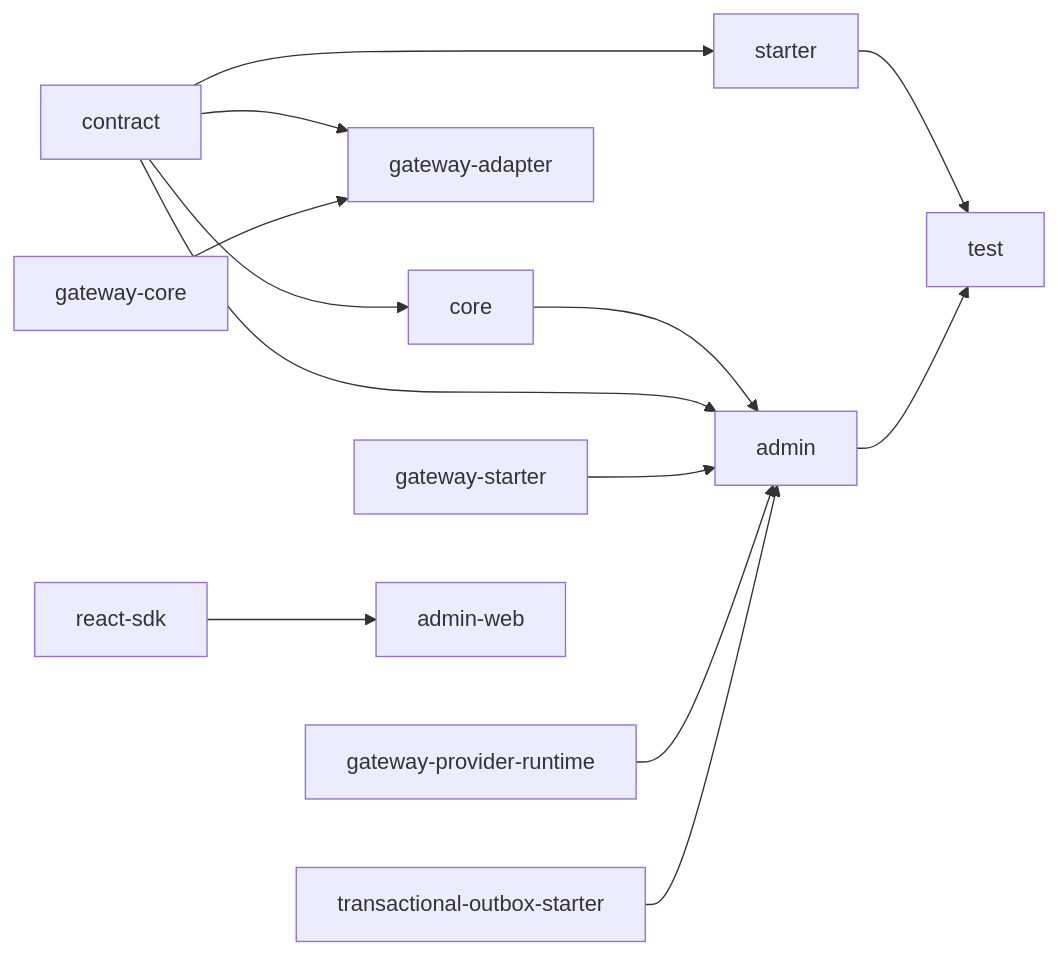
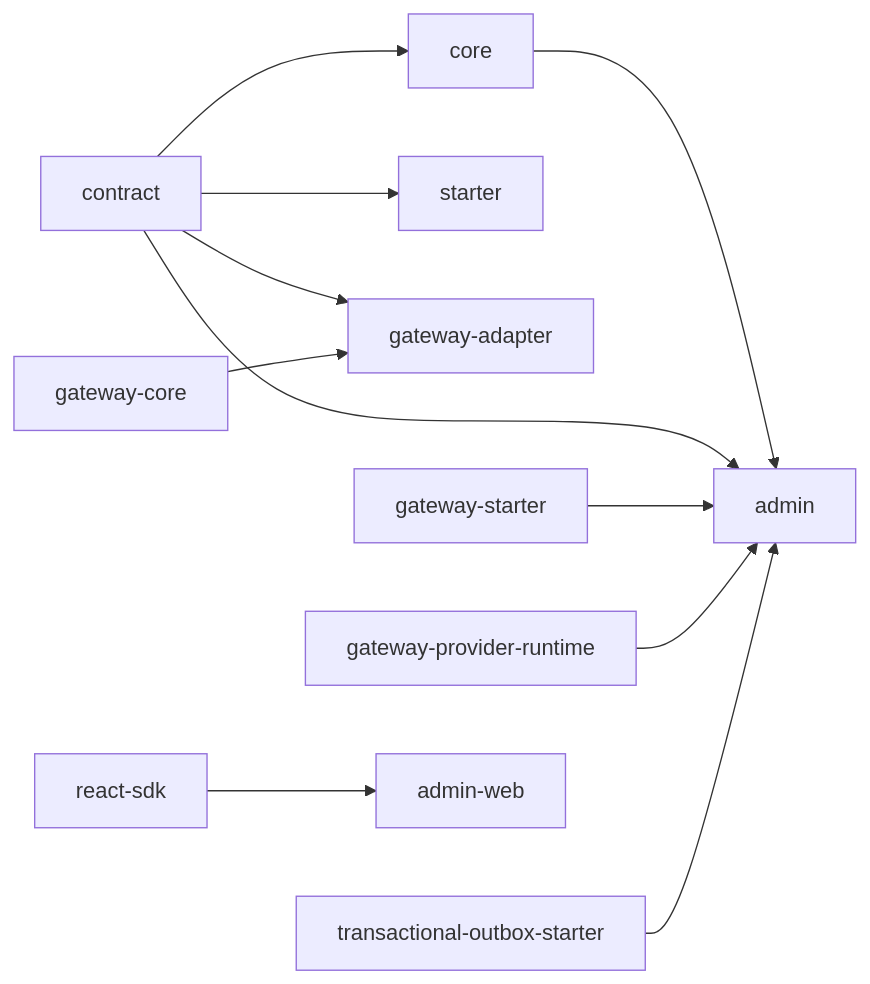
Before and after one commit to AllenDEricDAlexander/Egon-COLA: the third of 6 diagrams in docs/superpowers/specs/2026-07-30-rbac3-permission-platform-design.md, drawn with Mermaid. The commit also changed other lines of this file, not shown here.

````diff
--- a/docs/superpowers/specs/2026-07-30-rbac3-permission-platform-design.md
+++ b/docs/superpowers/specs/2026-07-30-rbac3-permission-platform-design.md
@@ -797,17 +861,15 @@
 ```mermaid
 flowchart LR
     Contract["contract"] --> Core["core"]
     Contract --> Starter["starter"]
     Contract --> Adapter["gateway-adapter"]
     Core --> Admin["admin"]
     Contract --> Admin
-    Starter --> Test["test"]
-    Admin --> Test
 
     GatewayCore["gateway-core"] --> Adapter
     GatewayStarter["gateway-starter"] --> Admin
     ProviderRuntime["gateway-provider-runtime"] --> Admin
     OutboxStarter["transactional-outbox-starter"] --> Admin
 
     ReactSdk["react-sdk"] --> AdminWeb["admin-web"]
 ```
````
